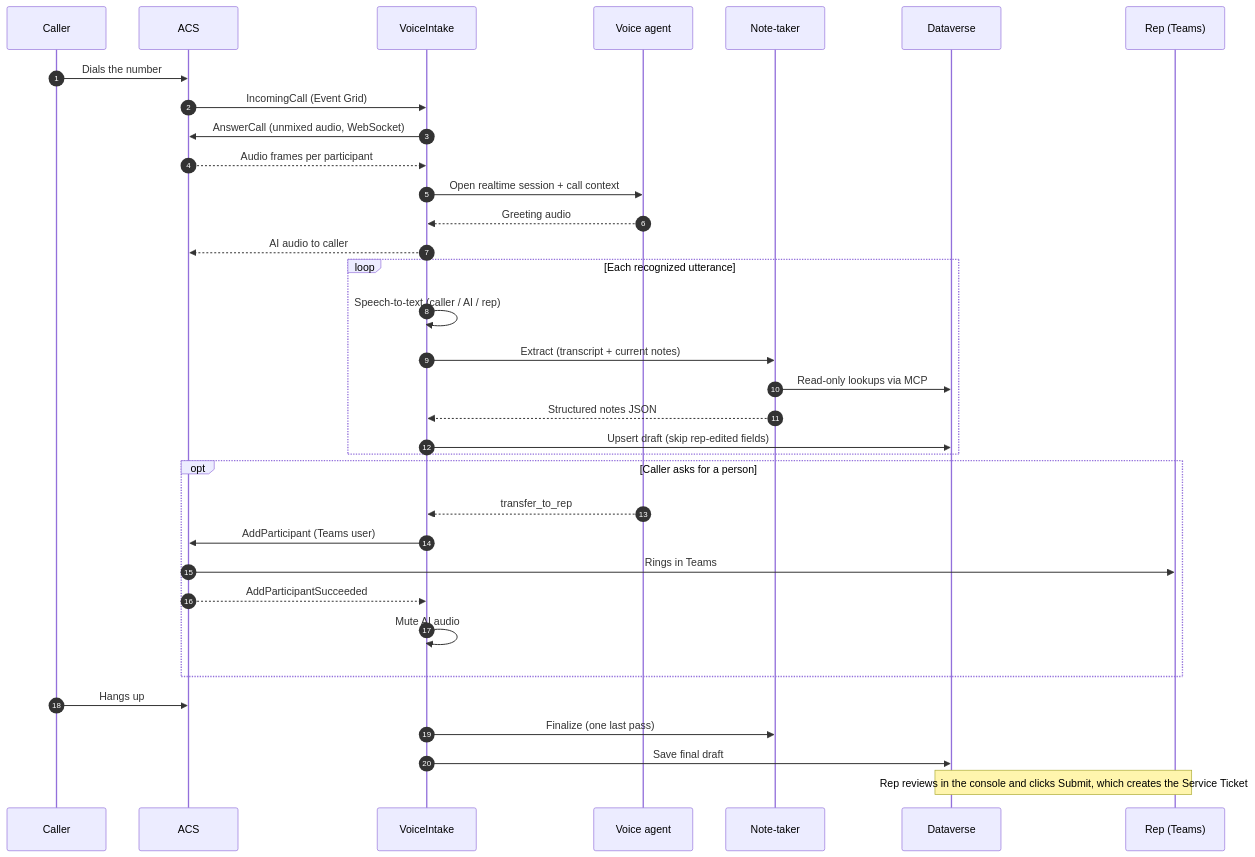
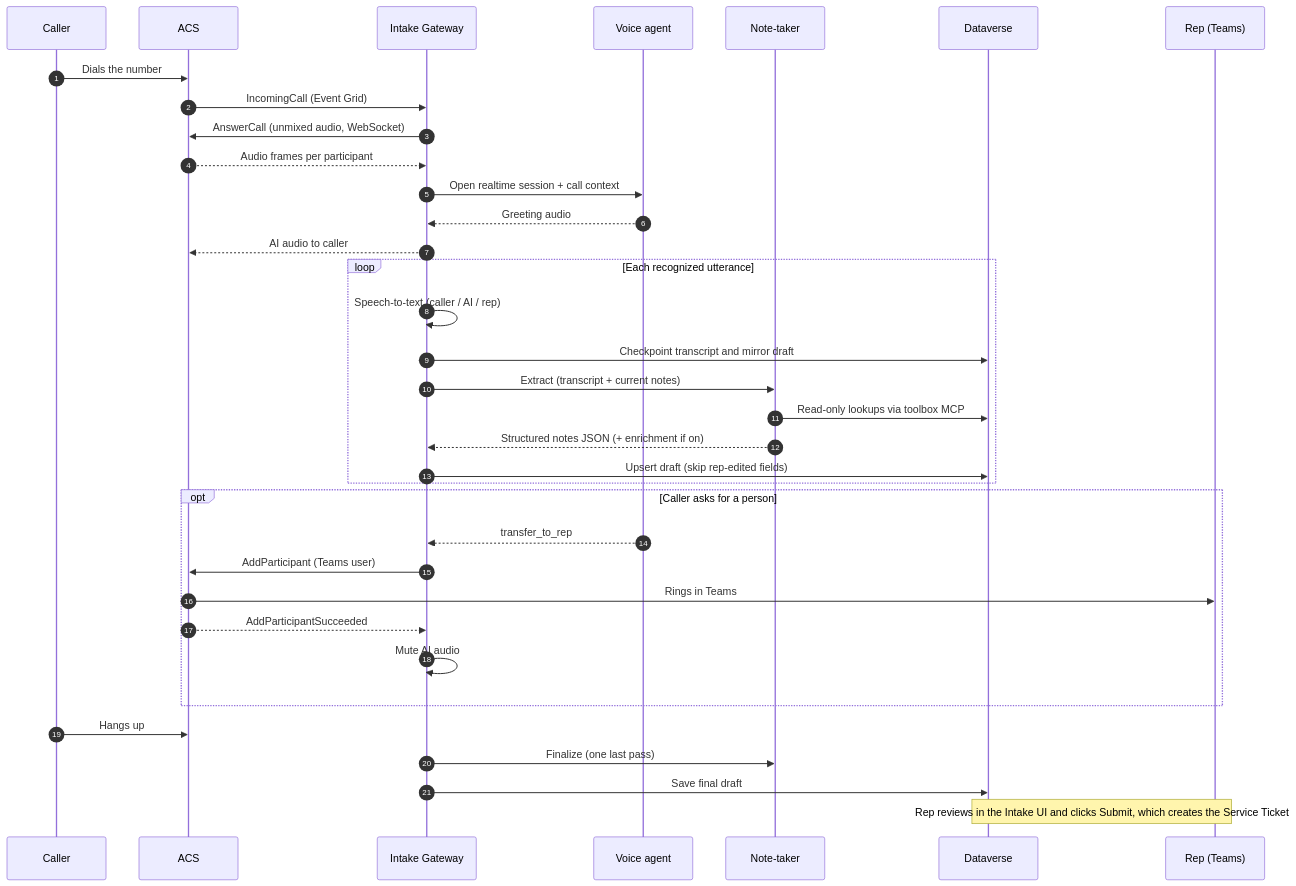
Before and after one commit to jmasengeshomsft/floorworks-live-intake: the fourth of 4 diagrams in docs/02-architecture.md, drawn with Mermaid. The commit also changed other lines of this file and 146 other files, not shown here.

First line of the commit message:
Modernize intake gateway and retire legacy C# app

````diff
--- a/docs/02-architecture.md
+++ b/docs/02-architecture.md
@@ -72,37 +180,38 @@
 ```mermaid
 sequenceDiagram
     autonumber
     participant C as Caller
     participant A as ACS
-    participant V as VoiceIntake
+    participant G as Intake Gateway
     participant R as Voice agent
     participant N as Note-taker
     participant D as Dataverse
     participant T as Rep (Teams)
 
     C->>A: Dials the number
-    A->>V: IncomingCall (Event Grid)
-    V->>A: AnswerCall (unmixed audio, WebSocket)
-    A-->>V: Audio frames per participant
-    V->>R: Open realtime session + call context
-    R-->>V: Greeting audio
-    V-->>A: AI audio to caller
+    A->>G: IncomingCall (Event Grid)
+    G->>A: AnswerCall (unmixed audio, WebSocket)
+    A-->>G: Audio frames per participant
+    G->>R: Open realtime session + call context
+    R-->>G: Greeting audio
+    G-->>A: AI audio to caller
     loop Each recognized utterance
-        V->>V: Speech-to-text (caller / AI / rep)
-        V->>N: Extract (transcript + current notes)
-        N->>D: Read-only lookups via MCP
-        N-->>V: Structured notes JSON
-        V->>D: Upsert draft (skip rep-edited fields)
+        G->>G: Speech-to-text (caller / AI / rep)
+        G->>D: Checkpoint transcript and mirror draft
+        G->>N: Extract (transcript + current notes)
+        N->>D: Read-only lookups via toolbox MCP
+        N-->>G: Structured notes JSON (+ enrichment if on)
+        G->>D: Upsert draft (skip rep-edited fields)
     end
     opt Caller asks for a person
-        R-->>V: transfer_to_rep
-        V->>A: AddParticipant (Teams user)
+        R-->>G: transfer_to_rep
+        G->>A: AddParticipant (Teams user)
         A->>T: Rings in Teams
-        A-->>V: AddParticipantSucceeded
-        V->>V: Mute AI audio
+        A-->>G: AddParticipantSucceeded
+        G->>G: Mute AI audio
     end
     C->>A: Hangs up
-    V->>N: Finalize (one last pass)
-    V->>D: Save final draft
-    Note over D,T: Rep reviews in the console and clicks Submit, which creates the Service Ticket
+    G->>N: Finalize (one last pass)
+    G->>D: Save final draft
+    Note over D,T: Rep reviews in the Intake UI and clicks Submit, which creates the Service Ticket
 ```
````
